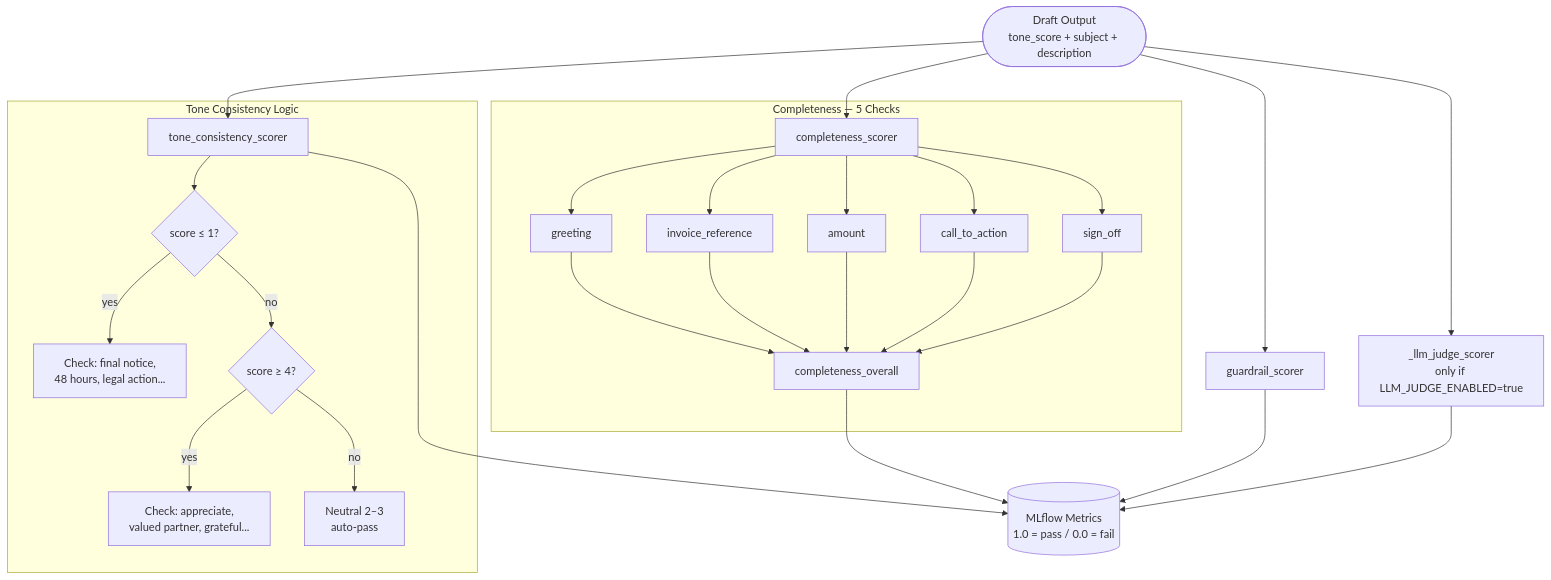
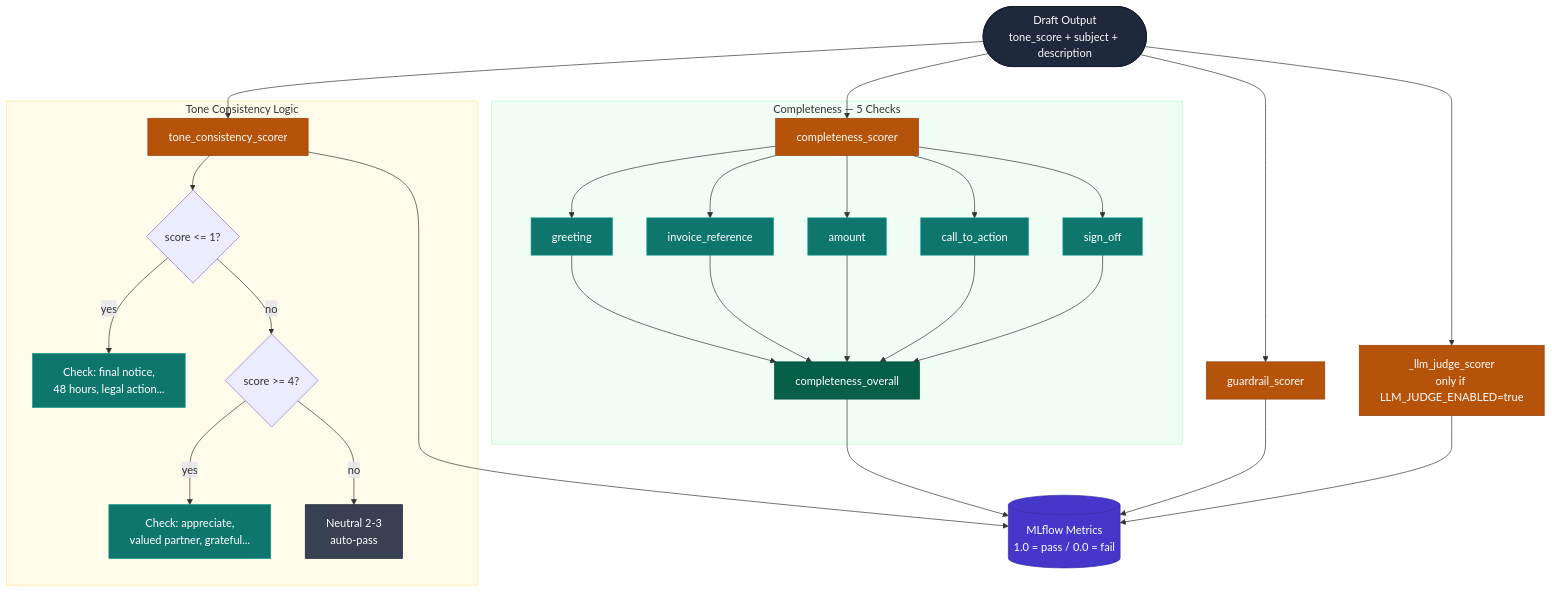
One commit to Avii3301/cashCollection-A2A changed the eighth of 9 diagrams in DESIGN.md. Above: the diagram before and after it, drawn with Mermaid. The commit also changed other lines of this file, not shown here.

Commit message:
Fix Mermaid parse errors and add professional color scheme to all diagrams

````diff
--- a/DESIGN.md
+++ b/DESIGN.md
@@ -332,28 +364,38 @@
 ```mermaid
 flowchart TD
-    OUT([Draft Output\ntone_score + subject + description])
+    classDef input   fill:#1e293b,stroke:#0f172a,color:#f8fafc
+    classDef scorer  fill:#b45309,stroke:#92400e,color:#fff
+    classDef check   fill:#0f766e,stroke:#0d9488,color:#fff
+    classDef pass_f  fill:#065f46,stroke:#064e3b,color:#fff
+    classDef neutral fill:#374151,stroke:#1f2937,color:#fff
+    classDef mlflow  fill:#4338ca,stroke:#3730a3,color:#fff
 
-    OUT --> T[tone_consistency_scorer]
-    OUT --> C[completeness_scorer]
-    OUT --> G[guardrail_scorer]
-    OUT --> L[_llm_judge_scorer\nonly if LLM_JUDGE_ENABLED=true]
+    OUT(["Draft Output\ntone_score + subject + description"]):::input
 
-    subgraph tone_detail [Tone Consistency Logic]
-        T --> T0{score ≤ 1?}
-        T0 -->|yes| T1[Check: final notice,\n48 hours, legal action...]
-        T0 -->|no| T2{score ≥ 4?}
-        T2 -->|yes| T3[Check: appreciate,\nvalued partner, grateful...]
-        T2 -->|no| T4[Neutral 2–3\nauto-pass]
+    OUT --> T["tone_consistency_scorer"]:::scorer
+    OUT --> C["completeness_scorer"]:::scorer
+    OUT --> G["guardrail_scorer"]:::scorer
+    OUT --> L["_llm_judge_scorer\nonly if LLM_JUDGE_ENABLED=true"]:::scorer
+
+    subgraph tone_detail ["  Tone Consistency Logic  "]
+        T --> T0{"score <= 1?"}
+        T0 -->|yes| T1["Check: final notice,\n48 hours, legal action..."]:::check
+        T0 -->|no| T2{"score >= 4?"}
+        T2 -->|yes| T3["Check: appreciate,\nvalued partner, grateful..."]:::check
+        T2 -->|no| T4["Neutral 2-3\nauto-pass"]:::neutral
     end
 
-    subgraph comp_detail [Completeness — 5 Checks]
-        C --> C1[greeting]
-        C --> C2[invoice_reference]
-        C --> C3[amount]
-        C --> C4[call_to_action]
-        C --> C5[sign_off]
-        C1 & C2 & C3 & C4 & C5 --> C6[completeness_overall]
+    subgraph comp_detail ["  Completeness — 5 Checks  "]
+        C --> C1["greeting"]:::check
+        C --> C2["invoice_reference"]:::check
+        C --> C3["amount"]:::check
+        C --> C4["call_to_action"]:::check
+        C --> C5["sign_off"]:::check
+        C1 & C2 & C3 & C4 & C5 --> C6["completeness_overall"]:::pass_f
     end
 
-    T & C6 & G & L --> MLf[(MLflow Metrics\n1.0 = pass / 0.0 = fail)]
+    T & C6 & G & L --> MLf[("MLflow Metrics\n1.0 = pass / 0.0 = fail")]:::mlflow
+
+    style tone_detail fill:#fffbeb,stroke:#fde68a
+    style comp_detail fill:#f0fdf4,stroke:#bbf7d0
 ```
````
